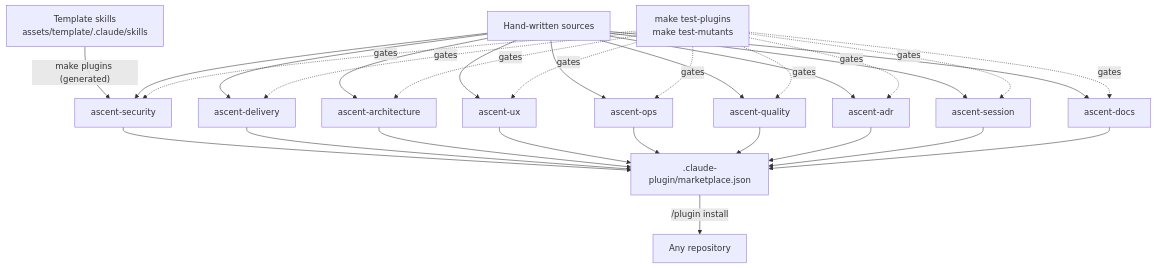
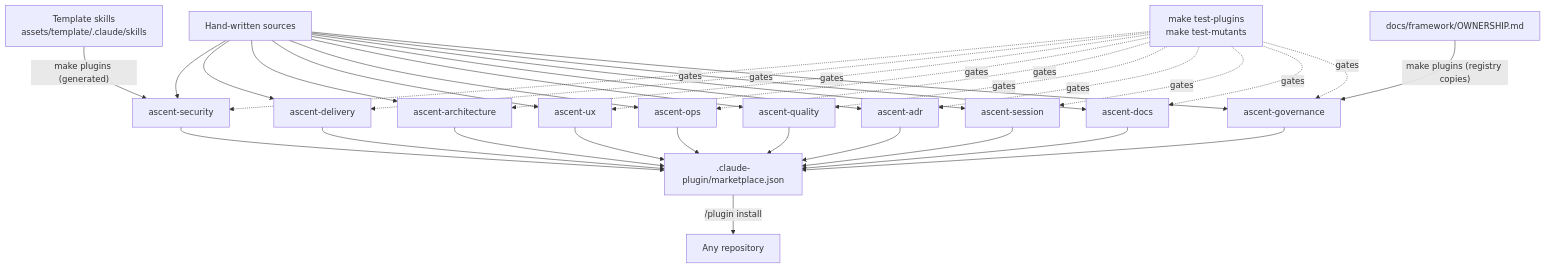
The diagram in docs/framework/ARCHITECTURE.md (lloydbrian/lloydbriantech-ascent), drawn with Mermaid before and after one commit. The commit also changed other lines of this file and 115 other files, not shown here.

````diff
--- a/docs/framework/ARCHITECTURE.md
+++ b/docs/framework/ARCHITECTURE.md
@@ -152,16 +152,18 @@
 ```mermaid
 flowchart TB
     T["Template skills<br/>assets/template/.claude/skills"] -->|"make plugins (generated)"| SEC["ascent-security"]
     H["Hand-written sources"] --> SEC
     H --> DEL["ascent-delivery"]
     H --> ARC["ascent-architecture"]
     H --> UX["ascent-ux"]
     H --> OPS["ascent-ops"]
     H --> QA["ascent-quality"]
     H --> ADR["ascent-adr"]
     H --> SES["ascent-session"]
     H --> DOC["ascent-docs"]
-    SEC & DEL & ARC & UX & OPS & QA & ADR & SES & DOC --> M[".claude-plugin/marketplace.json"]
+    H --> GOV["ascent-governance"]
+    O["docs/framework/OWNERSHIP.md"] -->|"make plugins (registry copies)"| GOV
+    SEC & DEL & ARC & UX & OPS & QA & ADR & SES & DOC & GOV --> M[".claude-plugin/marketplace.json"]
     M -->|"/plugin install"| R["Any repository"]
-    G["make test-plugins<br/>make test-mutants"] -. gates .-> SEC & DEL & ARC & UX & OPS & QA & ADR & SES & DOC
+    G["make test-plugins<br/>make test-mutants"] -. gates .-> SEC & DEL & ARC & UX & OPS & QA & ADR & SES & DOC & GOV
 ```
````
